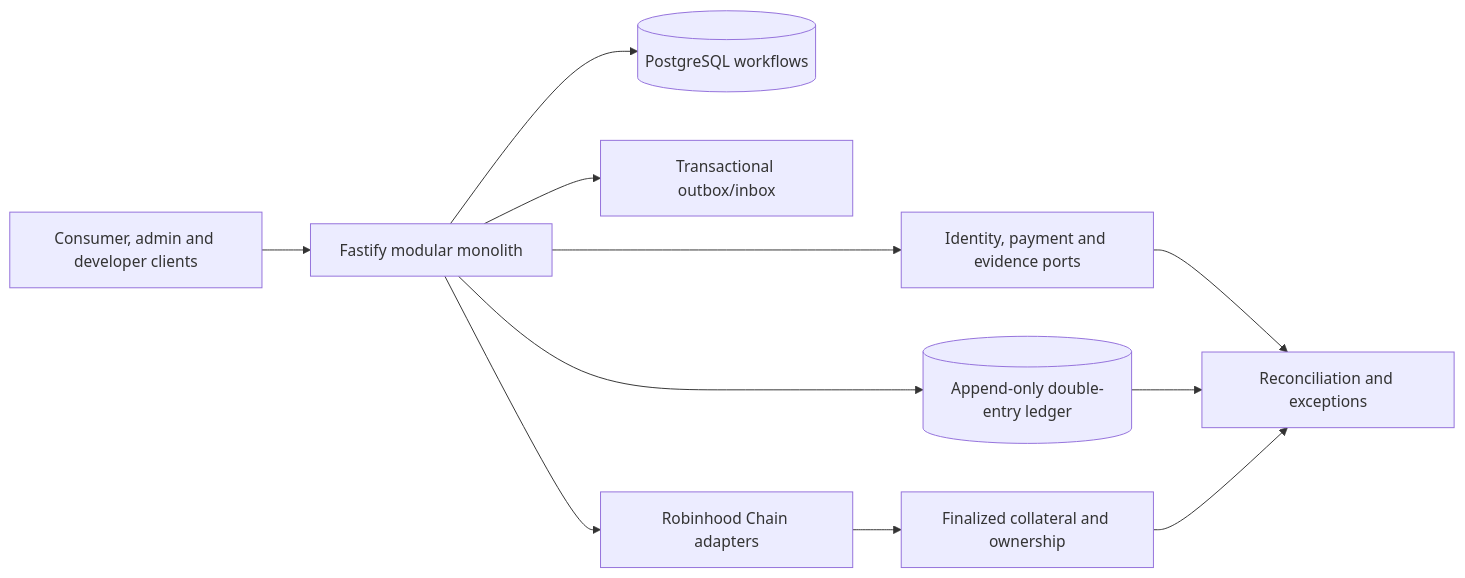
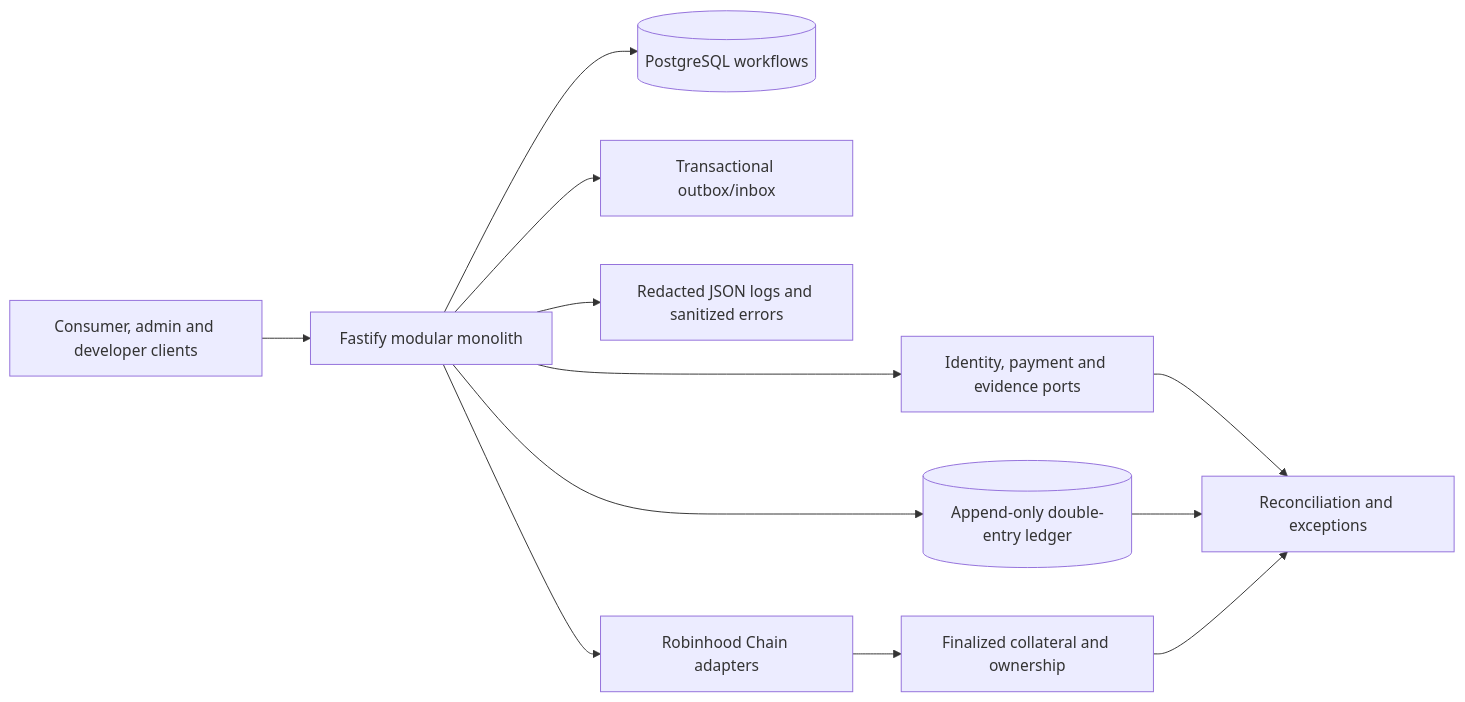
One commit to celvios/Afridict-Backend changed the diagram in docs/ARCHITECTURE.md. Above: the diagram before and after it, drawn with Mermaid. The commit also changed other lines of this file and 11 other files, not shown here.

````diff
--- a/docs/ARCHITECTURE.md
+++ b/docs/ARCHITECTURE.md
@@ -5,13 +5,14 @@
 ```mermaid
 flowchart LR
   Clients[Consumer, admin and developer clients] --> API[Fastify modular monolith]
   API --> PG[(PostgreSQL workflows)]
   API --> Ledger[(Append-only double-entry ledger)]
   API --> Outbox[Transactional outbox/inbox]
   API --> Providers[Identity, payment and evidence ports]
+  API --> Telemetry[Redacted JSON logs and sanitized errors]
   API --> Chain[Robinhood Chain adapters]
   Chain --> Finalized[Finalized collateral and ownership]
   Providers --> Recon[Reconciliation and exceptions]
   Ledger --> Recon
   Finalized --> Recon
 ```
````
